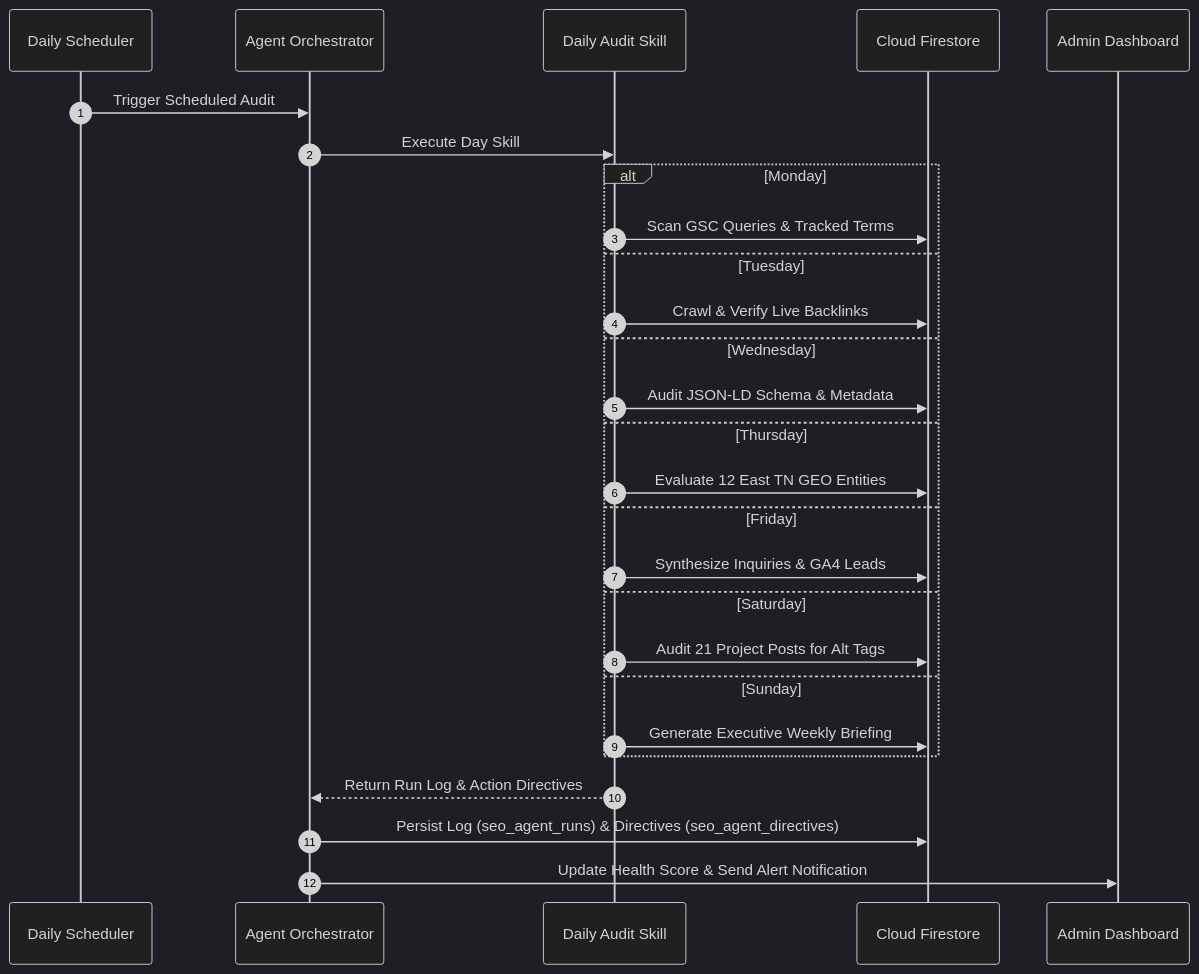
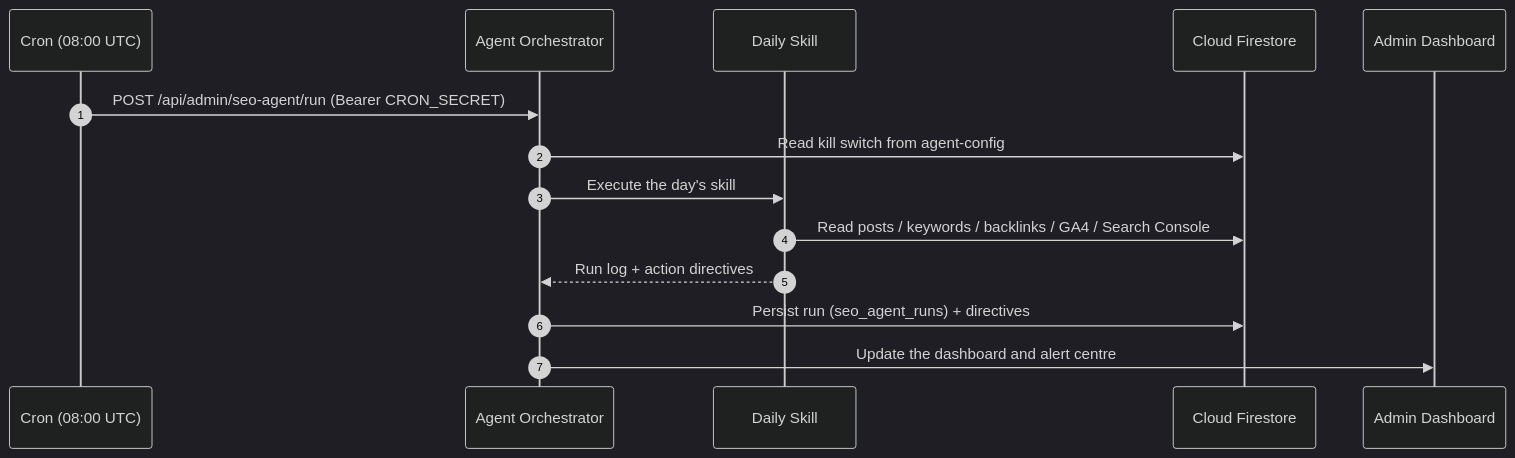
One commit to evrconstruction/evrconstruction changed the second of 2 diagrams in README.md. Above: the diagram before and after it, drawn with Mermaid (dark theme). The commit also changed other lines of this file and 1 other file, not shown here.

First line of the commit message:
docs: rewrite README against the code; add the pre-launch audit report

````diff
--- a/README.md
+++ b/README.md
@@ -74,30 +126,17 @@
 ```mermaid
 sequenceDiagram
     autonumber
-    participant Schedule as Daily Scheduler
+    participant Schedule as Cron (08:00 UTC)
     participant Engine as Agent Orchestrator
-    participant Skill as Daily Audit Skill
+    participant Skill as Daily Skill
     participant DB as Cloud Firestore
     participant Admin as Admin Dashboard
 
-    Schedule->>Engine: Trigger Scheduled Audit
-    Engine->>Skill: Execute Day Skill
-    alt Monday
-        Skill->>DB: Scan GSC Queries & Tracked Terms
-    else Tuesday
-        Skill->>DB: Crawl & Verify Live Backlinks
-    else Wednesday
-        Skill->>DB: Audit JSON-LD Schema & Metadata
-    else Thursday
-        Skill->>DB: Evaluate 12 East TN GEO Entities
-    else Friday
-        Skill->>DB: Synthesize Inquiries & GA4 Leads
-    else Saturday
-        Skill->>DB: Audit 21 Project Posts for Alt Tags
-    else Sunday
-        Skill->>DB: Generate Executive Weekly Briefing
-    end
-    Skill-->>Engine: Return Run Log & Action Directives
-    Engine->>DB: Persist Log (seo_agent_runs) & Directives (seo_agent_directives)
-    Engine->>Admin: Update Health Score & Send Alert Notification
+    Schedule->>Engine: POST /api/admin/seo-agent/run (Bearer CRON_SECRET)
+    Engine->>DB: Read kill switch from agent-config
+    Engine->>Skill: Execute the day's skill
+    Skill->>DB: Read posts / keywords / backlinks / GA4 / Search Console
+    Skill-->>Engine: Run log + action directives
+    Engine->>DB: Persist run (seo_agent_runs) + directives
+    Engine->>Admin: Update the dashboard and alert centre
 ```
````
